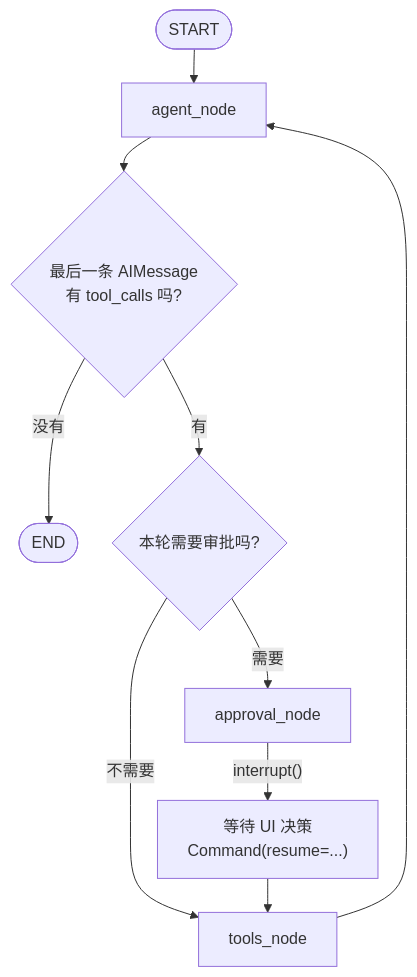
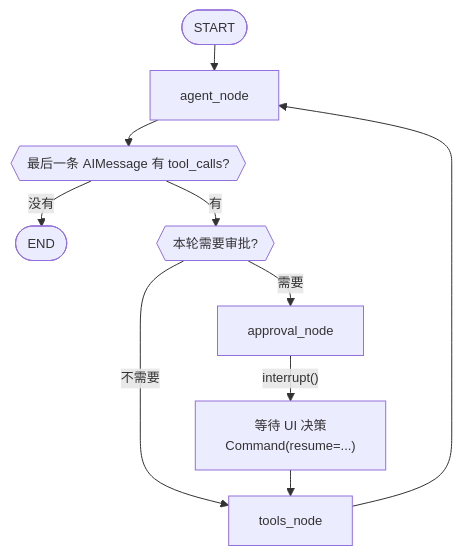
Before and after one commit to Surysaki/surysaki.github.io: the first of 6 diagrams in content/posts/SSsec/index.md, drawn with Mermaid. The commit also changed other lines of this file, not shown here.

````diff
--- a/content/posts/SSsec/index.md
+++ b/content/posts/SSsec/index.md
@@ -96,13 +96,13 @@
 ```mermaid
-%%{init: {"flowchart": {"nodeSpacing": 34, "rankSpacing": 34, "wrappingWidth": 380}}}%%
+%%{init: {"flowchart": {"nodeSpacing": 90, "rankSpacing": 26, "wrappingWidth": 520}, "themeVariables": {"fontSize": "13px"}}}%%
 flowchart TB
     START(["START"]) --> AG["agent_node"]
-    AG --> Q1{"最后一条 AIMessage<br/>有 tool_calls 吗?"}
+    AG --> Q1{{"最后一条 AIMessage 有 tool_calls?"}}
     Q1 -- "没有" --> END(["END"])
-    Q1 -- "有" --> Q2{"本轮需要审批吗?"}
+    Q1 -- "有" --> Q2{{"本轮需要审批?"}}
     Q2 -- "不需要" --> TOOLS["tools_node"]
     Q2 -- "需要" --> AP["approval_node"]
     AP -- "interrupt()" --> WAIT["等待 UI 决策<br/>Command(resume=...)"]
     WAIT --> TOOLS
     TOOLS --> AG
 ```
````
